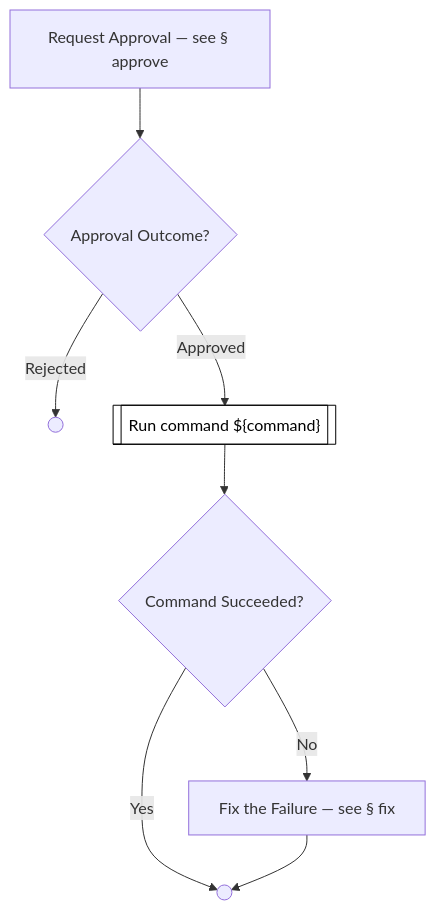
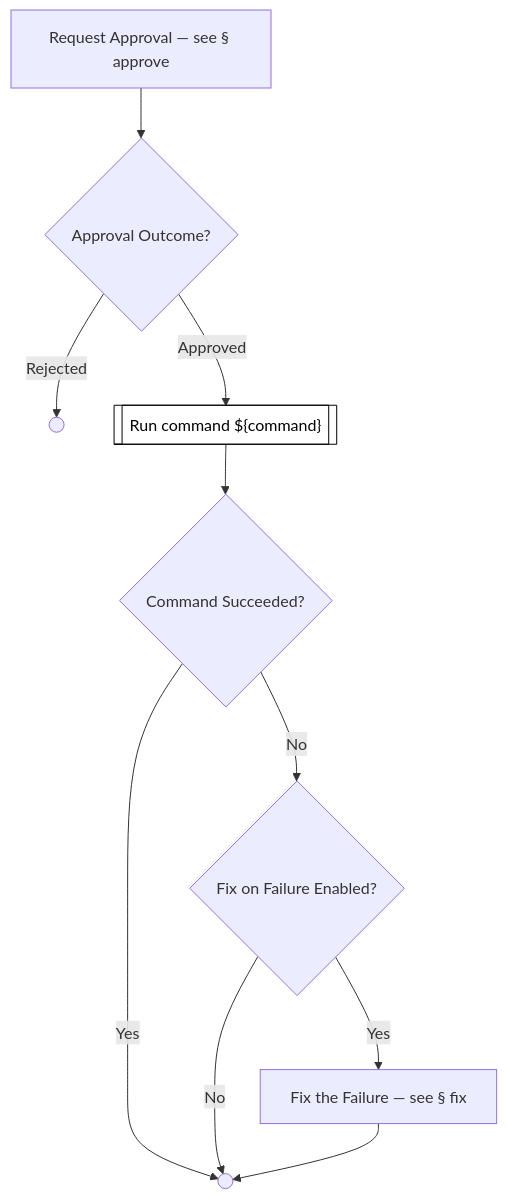
Before and after one commit to optivem/gh-optivem: diagram 48 of 53 in docs/process-diagram.md, drawn with Mermaid. The commit also changed 1 other file, not shown here.

Commit message:
atdd: regenerate process-flow diagram

````diff
--- a/docs/process-diagram.md
+++ b/docs/process-diagram.md
@@ -785,21 +785,24 @@
 ```mermaid
 flowchart TD
     APPROVE_PRE[Request Approval — see § approve]
     EXECUTE_COMMAND_END(( ))
     EXECUTE_COMMAND_REJECTED_END(( ))
     FIX[Fix the Failure — see § fix]
     GATE_APPROVED_PRE{Approval Outcome?}
     GATE_COMMAND_SUCCEEDED{Command Succeeded?}
+    GATE_FIX_ON_FAILURE{Fix on Failure Enabled?}
     RUN_COMMAND[["Run command ${command}"]]
 
     APPROVE_PRE --> GATE_APPROVED_PRE
     GATE_APPROVED_PRE -- Approved --> RUN_COMMAND
     GATE_APPROVED_PRE -- Rejected --> EXECUTE_COMMAND_REJECTED_END
     RUN_COMMAND --> GATE_COMMAND_SUCCEEDED
     GATE_COMMAND_SUCCEEDED -- Yes --> EXECUTE_COMMAND_END
-    GATE_COMMAND_SUCCEEDED -- No --> FIX
+    GATE_COMMAND_SUCCEEDED -- No --> GATE_FIX_ON_FAILURE
+    GATE_FIX_ON_FAILURE -- Yes --> FIX
+    GATE_FIX_ON_FAILURE -- No --> EXECUTE_COMMAND_END
     FIX --> EXECUTE_COMMAND_END
 
     classDef serviceNode fill:#ffffff,stroke:#000000,stroke-width:1px,color:#000000
     class RUN_COMMAND serviceNode
 ```
````
